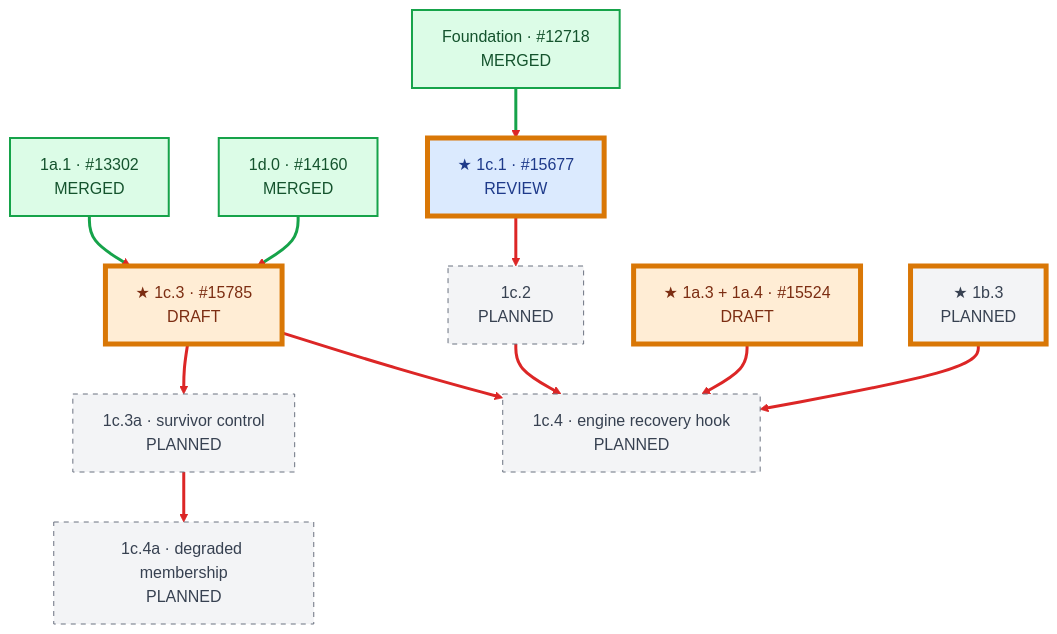
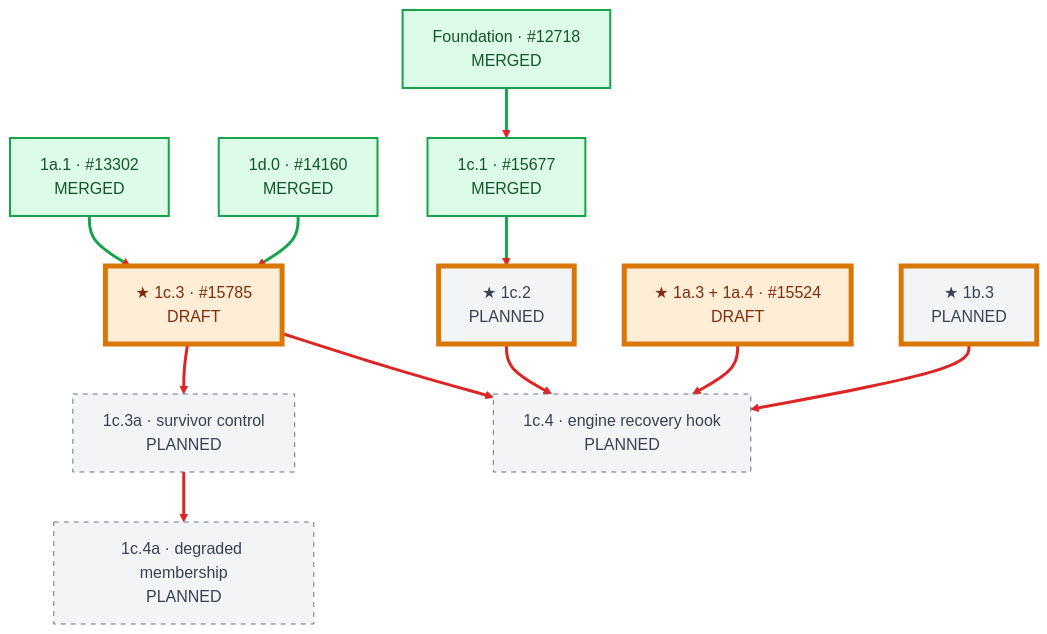
The fourth of 8 diagrams in docs/design/wide-ep-fault-tolerance/pr-execution/mvp-dependency-graph.md (chienchunhung/TensorRT-LLM), drawn with Mermaid before and after one commit. The commit also changed other lines of this file and 4 other files, not shown here.

Commit message:
docs: update WideEP graph for merged PR 15677

````diff
--- a/docs/design/wide-ep-fault-tolerance/pr-execution/mvp-dependency-graph.md
+++ b/docs/design/wide-ep-fault-tolerance/pr-execution/mvp-dependency-graph.md
@@ -310,40 +308,39 @@
 ```mermaid
 flowchart TB
     P12718["Foundation · #12718<br/>MERGED"]
     A1_1["1a.1 · #13302<br/>MERGED"]
     D1_0["1d.0 · #14160<br/>MERGED"]
-    C1_1["★ 1c.1 · #15677<br/>REVIEW"]
-    C1_2["1c.2<br/>PLANNED"]
+    C1_1["1c.1 · #15677<br/>MERGED"]
+    C1_2["★ 1c.2<br/>PLANNED"]
     C1_3["★ 1c.3 · #15785<br/>DRAFT"]
     C1_3A["1c.3a · survivor control<br/>PLANNED"]
     A1_34["★ 1a.3 + 1a.4 · #15524<br/>DRAFT"]
     B1_3["★ 1b.3<br/>PLANNED"]
     C1_4["1c.4 · engine recovery hook<br/>PLANNED"]
     C1_4A["1c.4a · degraded membership<br/>PLANNED"]
 
     P12718 --> C1_1
     A1_1 --> C1_3
     D1_0 --> C1_3
     C1_1 --> C1_2
     C1_3 --> C1_3A
     A1_34 --> C1_4
     B1_3 --> C1_4
     C1_2 --> C1_4
     C1_3 --> C1_4
     C1_3A --> C1_4A
 
     linkStyle default stroke:#dc2626,stroke-width:3px;
-    linkStyle 0,1,2 stroke:#16a34a,stroke-width:3px;
+    linkStyle 0,1,2,3 stroke:#16a34a,stroke-width:3px;
 
     classDef merged fill:#dcfce7,stroke:#16a34a,color:#14532d,stroke-width:2px;
     classDef draft fill:#ffedd5,stroke:#f97316,color:#7c2d12,stroke-width:2px;
     classDef reviewing fill:#dbeafe,stroke:#2563eb,color:#1e3a8a,stroke-width:2px;
     classDef planned fill:#f3f4f6,stroke:#6b7280,color:#374151,stroke-dasharray:5 5;
     classDef candidate stroke:#d97706,stroke-width:5px,stroke-dasharray:0;
 
-    class P12718,A1_1,D1_0 merged;
+    class P12718,A1_1,D1_0,C1_1 merged;
     class C1_3,A1_34 draft;
-    class C1_1 reviewing;
     class C1_2,C1_3A,B1_3,C1_4,C1_4A planned;
-    class C1_1,C1_3,A1_34,B1_3 candidate;
+    class C1_2,C1_3,A1_34,B1_3 candidate;
 ```
````
